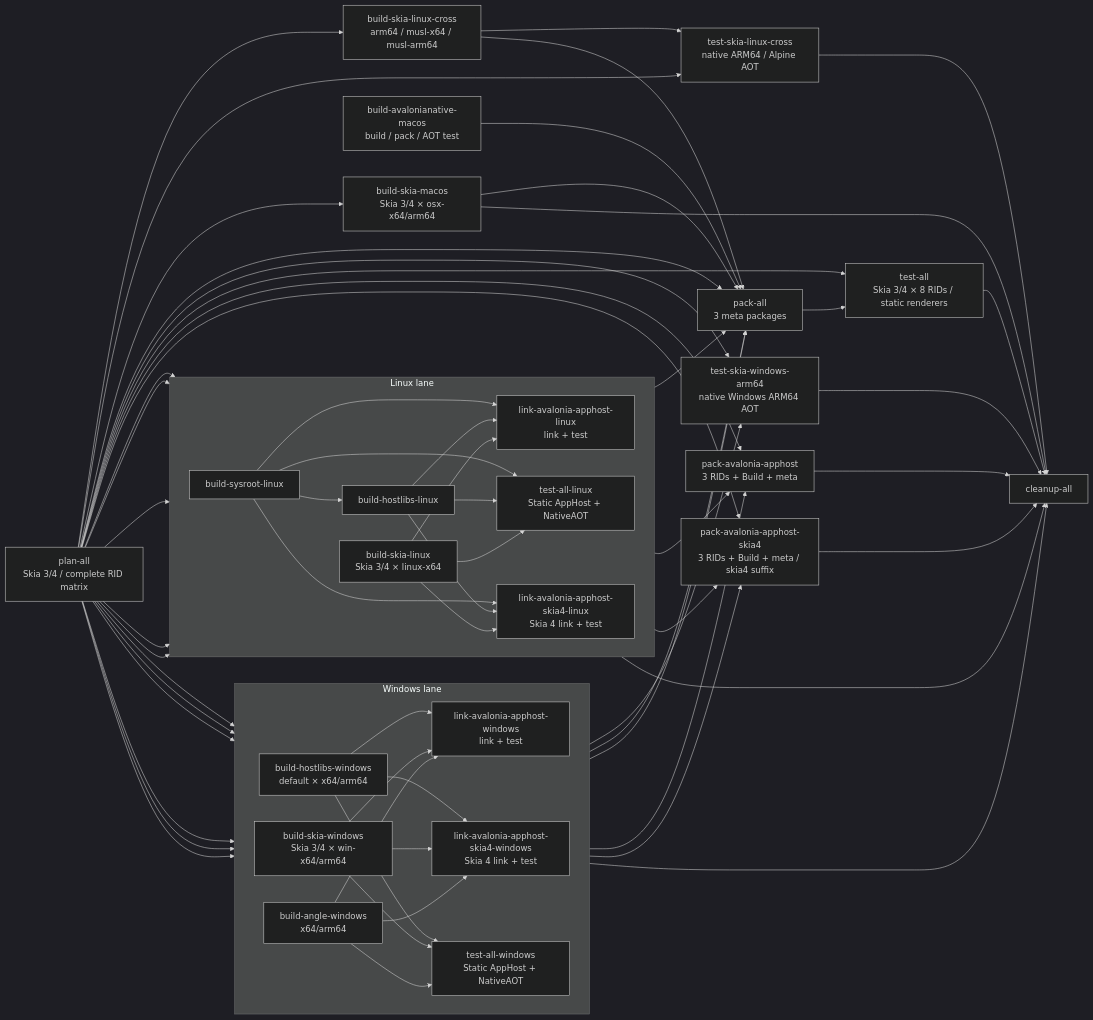
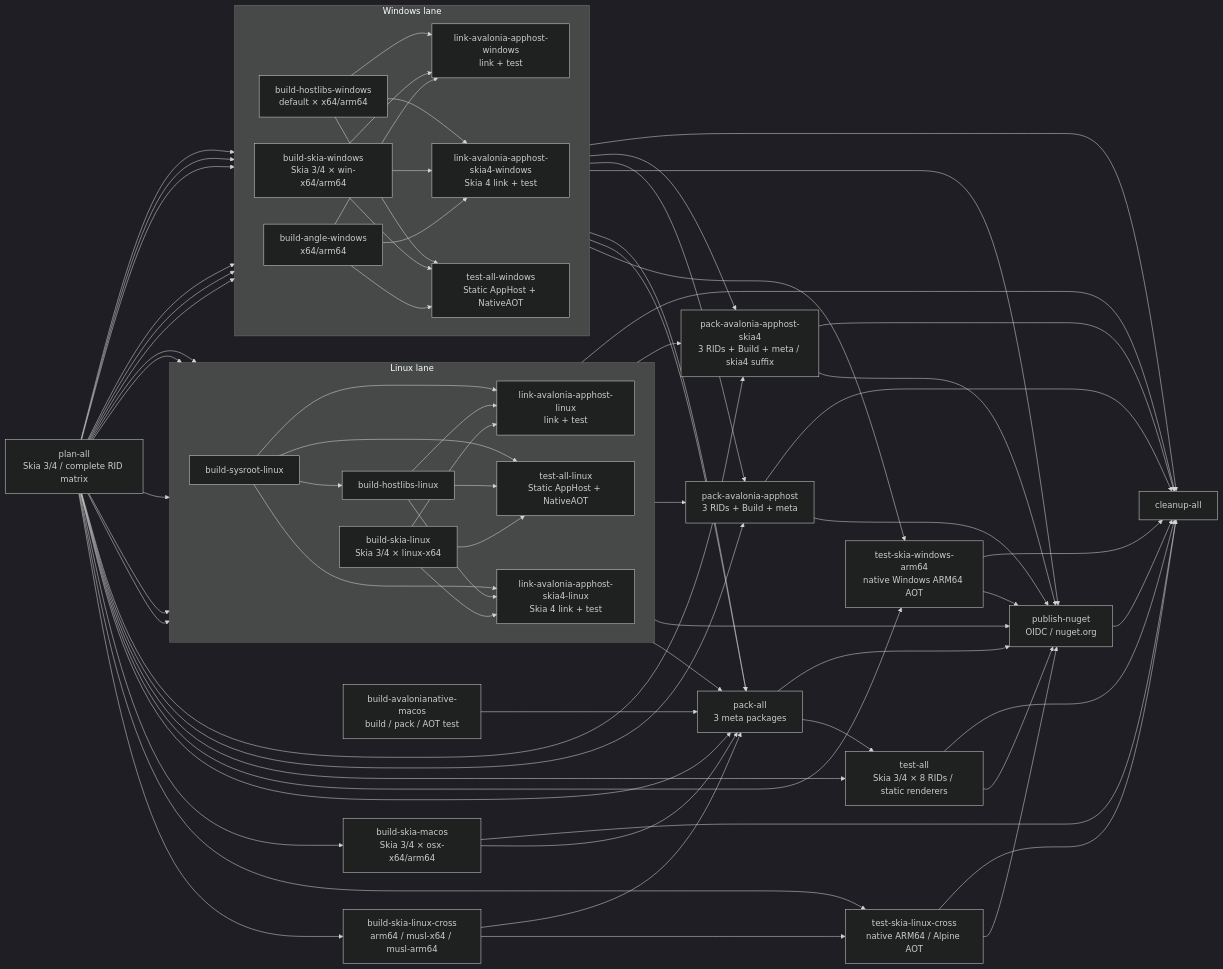
One commit to chsbuffer/HostForge changed the diagram in DEVELOPMENT.md. Above: the diagram before and after it, drawn with Mermaid (dark theme). The commit also changed other lines of this file and 17 other files, not shown here.

```diff
--- a/DEVELOPMENT.md
+++ b/DEVELOPMENT.md
@@ -300,6 +300,16 @@
 
     PA["pack-avalonia-apphost<br/>3 RIDs + Build + meta"]
     PA4["pack-avalonia-apphost-skia4<br/>3 RIDs + Build + meta / skia4 suffix"]
+    PUB["publish-nuget<br/>OIDC / nuget.org"]
+    NMP --> PUB
+    NLCT --> PUB
+    NWAT --> PUB
+    NMT --> PUB
+    WM --> PUB
+    LM --> PUB
+    PA --> PUB
+    PA4 --> PUB
+    PUB --> CLEAN
     CLEAN["cleanup-all"]
     NLCT --> CLEAN
 
```
